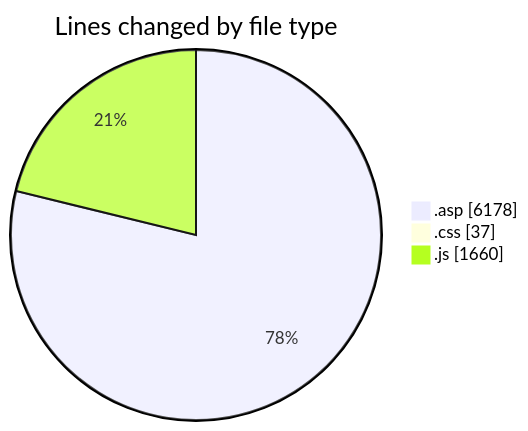
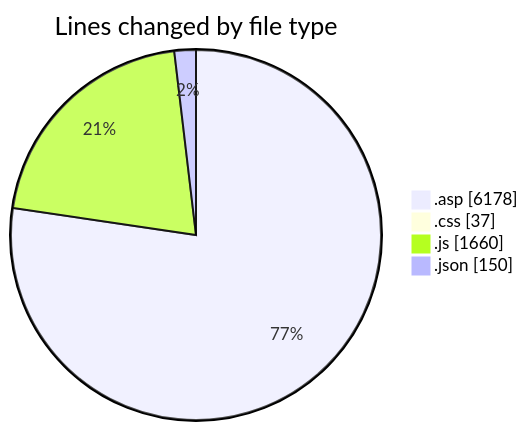
The first of 2 diagrams in 2025-11-02/cdp_aleoudev_fr__workspace_/README.md (julien-gomy/code-tracking), drawn with Mermaid before and after one commit. The commit also changed other lines of this file and 1 other file, not shown here.

````diff
--- a/2025-11-02/cdp_aleoudev_fr__workspace_/README.md
+++ b/2025-11-02/cdp_aleoudev_fr__workspace_/README.md
@@ -26,7 +27,8 @@
 ```mermaid
 pie showData
 title Lines changed by file type
 ".asp" : 6178
 ".css" : 37
 ".js" : 1660
+".json" : 150
 ```
````
